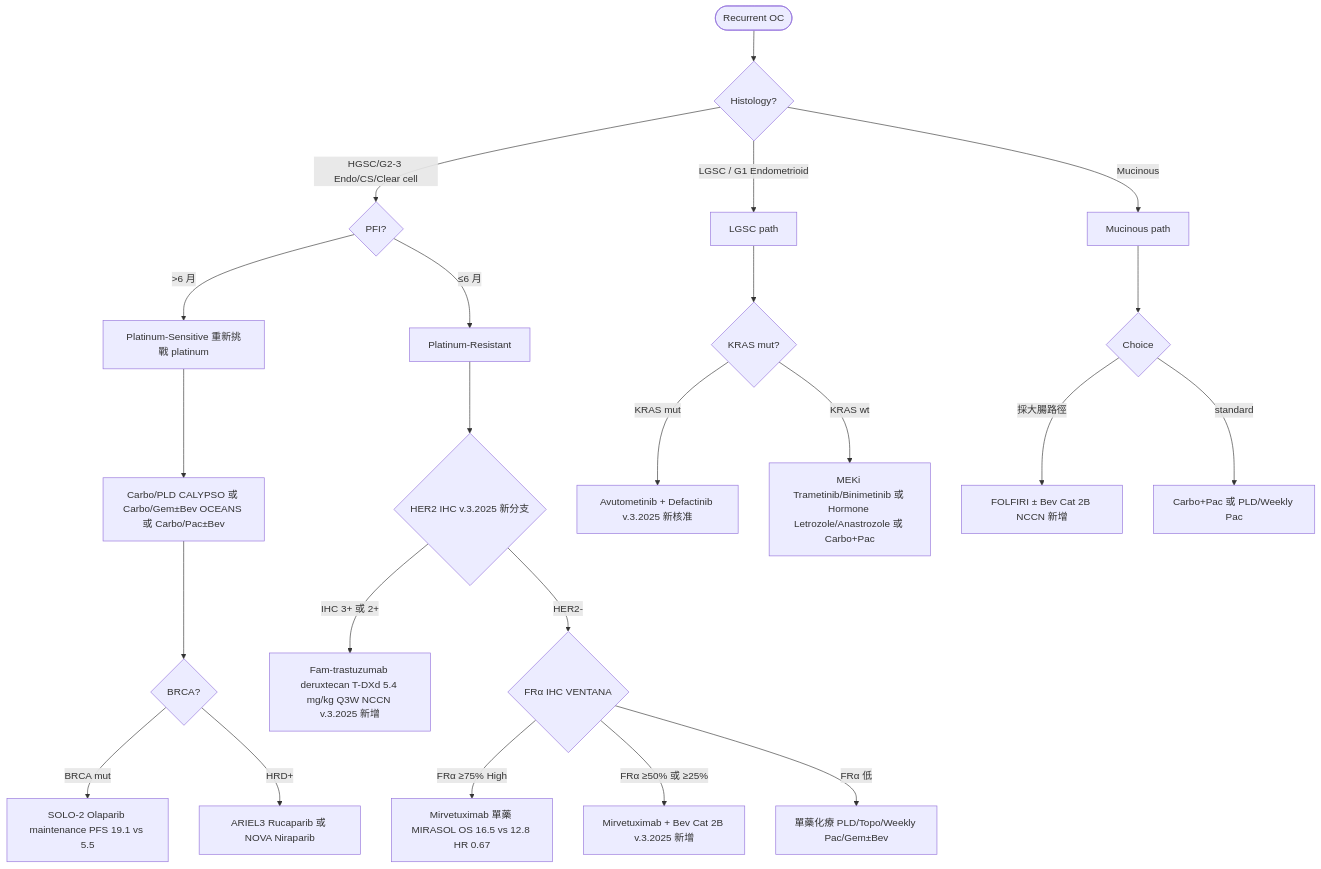
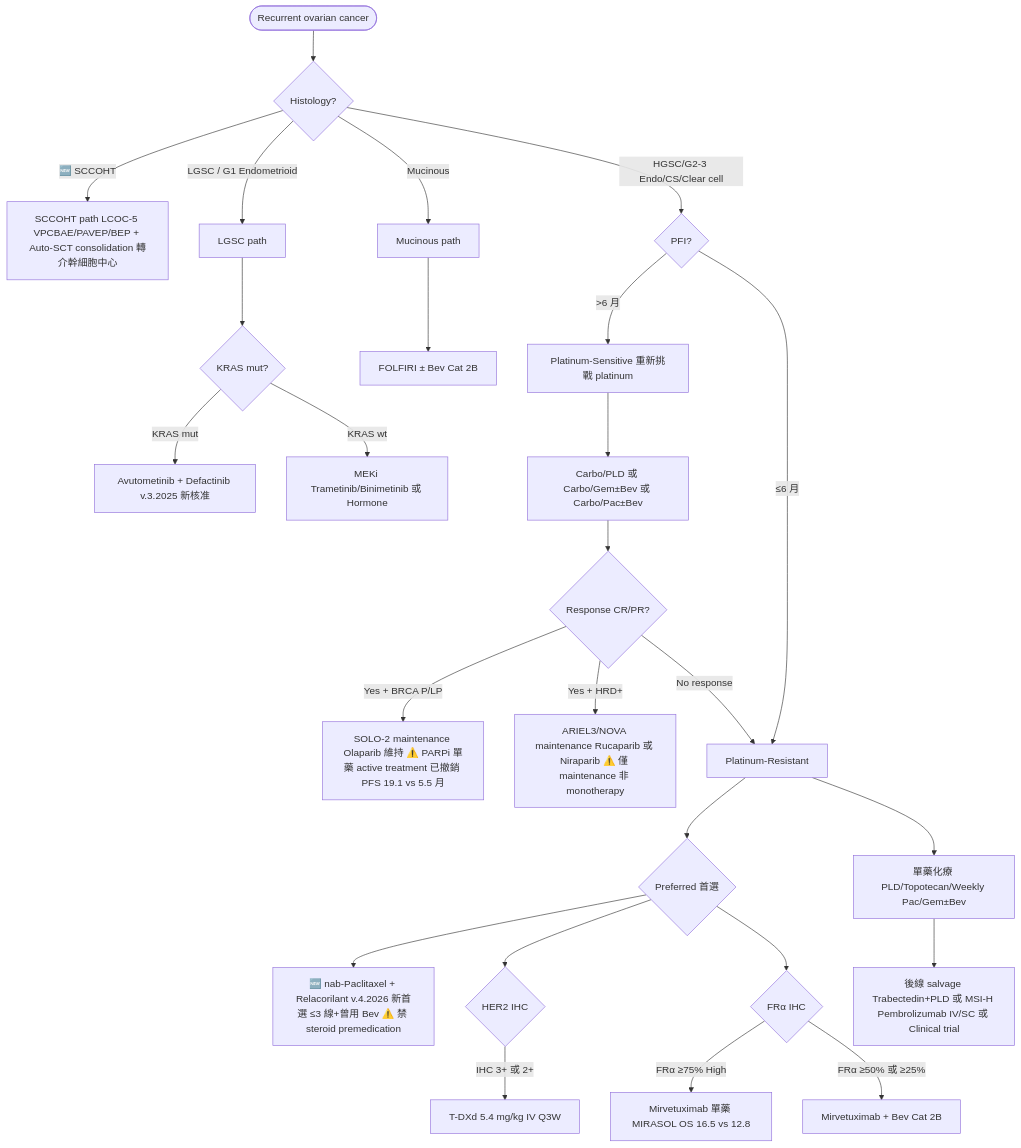
Before and after one commit to bluesunshine515-crypto/gynonc-board: the second of 2 diagrams in data/ovarian/treatment.md, drawn with Mermaid. The commit also changed other lines of this file and 7 other files, not shown here.

First line of the commit message:
feat(ovarian): v3 - 吃入 NCCN v.4.2026 重大更新（PARPi 撤銷 + nab-Pac/Relacorilant + SCCOHT + Pembro SC + HRT）

````diff
--- a/data/ovarian/treatment.md
+++ b/data/ovarian/treatment.md
@@ -67,25 +49,28 @@
 ```mermaid
 flowchart TD
-  Start([Recurrent OC]) --> Histology{Histology?}
+  Start([Recurrent ovarian cancer]) --> Histology{Histology?}
+  Histology -->|🆕 SCCOHT| SCCOHT_branch[SCCOHT path LCOC-5 VPCBAE/PAVEP/BEP + Auto-SCT consolidation 轉介幹細胞中心]
   Histology -->|LGSC / G1 Endometrioid| LGSC_path[LGSC path]
   Histology -->|Mucinous| Muc_path[Mucinous path]
   Histology -->|HGSC/G2-3 Endo/CS/Clear cell| PFI_check{PFI?}
   PFI_check -->|>6 月| PS_path[Platinum-Sensitive 重新挑戰 platinum]
   PFI_check -->|≤6 月| PR_path[Platinum-Resistant]
-  PS_path --> PS_options[Carbo/PLD CALYPSO 或 Carbo/Gem±Bev OCEANS 或 Carbo/Pac±Bev]
-  PS_options --> PS_Maint{BRCA?}
-  PS_Maint -->|BRCA mut| SOLO2[SOLO-2 Olaparib maintenance PFS 19.1 vs 5.5]
-  PS_Maint -->|HRD+| ARIEL3[ARIEL3 Rucaparib 或 NOVA Niraparib]
-  PR_path --> HER2_test{HER2 IHC v.3.2025 新分支}
-  HER2_test -->|IHC 3+ 或 2+| TDXd[Fam-trastuzumab deruxtecan T-DXd 5.4 mg/kg Q3W NCCN v.3.2025 新增]
-  HER2_test -->|HER2-| FRa_test{FRα IHC VENTANA}
-  FRa_test -->|FRα ≥75% High| MIRASOL_mono[Mirvetuximab 單藥 MIRASOL OS 16.5 vs 12.8 HR 0.67]
-  FRa_test -->|FRα ≥50% 或 ≥25%| MIRASOL_combo[Mirvetuximab + Bev Cat 2B v.3.2025 新增]
-  FRa_test -->|FRα 低| PR_chemo[單藥化療 PLD/Topo/Weekly Pac/Gem±Bev]
+  PS_path --> PS_options[Carbo/PLD 或 Carbo/Gem±Bev 或 Carbo/Pac±Bev]
+  PS_options --> PS_Response{Response CR/PR?}
+  PS_Response -->|Yes + BRCA P/LP| SOLO2[SOLO-2 maintenance Olaparib 維持 ⚠️ PARPi 單藥 active treatment 已撤銷 PFS 19.1 vs 5.5 月]
+  PS_Response -->|Yes + HRD+| ARIEL3[ARIEL3/NOVA maintenance Rucaparib 或 Niraparib ⚠️ 僅 maintenance 非 monotherapy]
+  PS_Response -->|No response| PR_path
+  PR_path --> PR_first{Preferred 首選}
+  PR_first --> NabPac_Rel[🆕 nab-Paclitaxel + Relacorilant v.4.2026 新首選 ≤3 線+曾用 Bev ⚠️ 禁 steroid premedication]
+  PR_first --> HER2_test{HER2 IHC}
+  PR_first --> FRa_test{FRα IHC}
+  HER2_test -->|IHC 3+ 或 2+| TDXd[T-DXd 5.4 mg/kg IV Q3W]
+  FRa_test -->|FRα ≥75% High| MIRASOL_mono[Mirvetuximab 單藥 MIRASOL OS 16.5 vs 12.8]
+  FRa_test -->|FRα ≥50% 或 ≥25%| MIRASOL_combo[Mirvetuximab + Bev Cat 2B]
+  PR_path --> PR_chemo[單藥化療 PLD/Topotecan/Weekly Pac/Gem±Bev]
+  PR_chemo --> Salvage[後線 salvage Trabectedin+PLD 或 MSI-H Pembrolizumab IV/SC 或 Clinical trial]
   LGSC_path --> LGSC_branch{KRAS mut?}
   LGSC_branch -->|KRAS mut| Avu[Avutometinib + Defactinib v.3.2025 新核准]
-  LGSC_branch -->|KRAS wt| LGSC_other[MEKi Trametinib/Binimetinib 或 Hormone Letrozole/Anastrozole 或 Carbo+Pac]
-  Muc_path --> Muc_choice{Choice}
-  Muc_choice -->|採大腸路徑| FOLFIRI[FOLFIRI ± Bev Cat 2B NCCN 新增]
-  Muc_choice -->|standard| Muc_std[Carbo+Pac 或 PLD/Weekly Pac]
+  LGSC_branch -->|KRAS wt| LGSC_other[MEKi Trametinib/Binimetinib 或 Hormone]
+  Muc_path --> FOLFIRI[FOLFIRI ± Bev Cat 2B]
 ```
````
